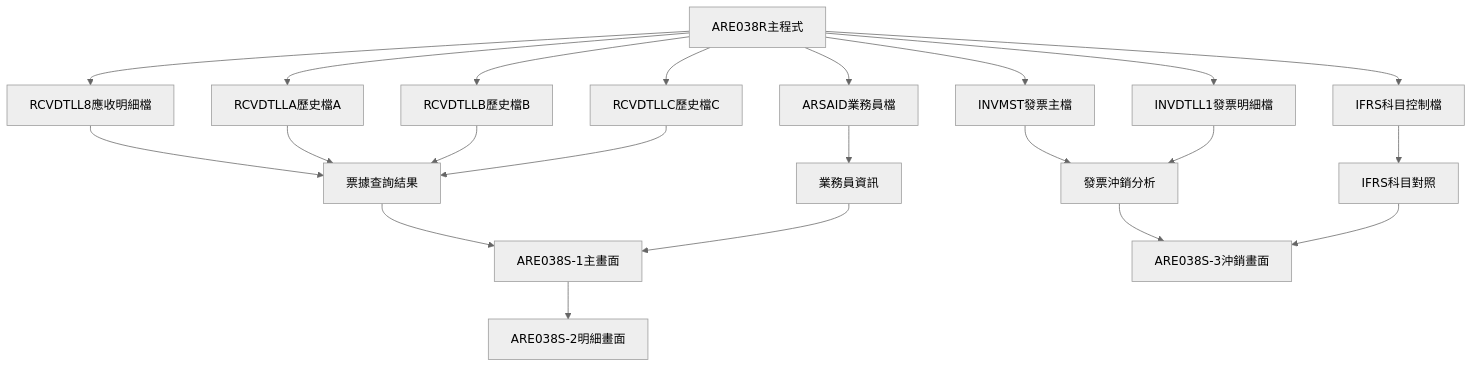
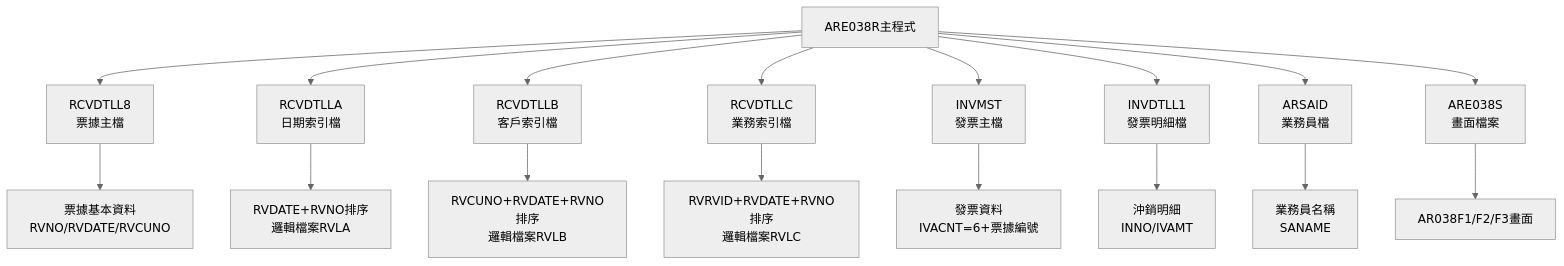
Before and after one commit to WK195838/tongkang: the second of 3 diagrams in 東鋼/規格書/ARE038R_P02.md, drawn with Mermaid (neutral theme). The commit also changed other lines of this file and 1 other file, not shown here.

````diff
--- a/東鋼/規格書/ARE038R_P02.md
+++ b/東鋼/規格書/ARE038R_P02.md
@@ -62,29 +74,20 @@
 ```mermaid
 graph TD
-    A[ARE038R主程式] --> B[RCVDTLL8應收明細檔]
-    A --> C[RCVDTLLA歷史檔A]
-    A --> D[RCVDTLLB歷史檔B] 
-    A --> E[RCVDTLLC歷史檔C]
-    A --> F[INVMST發票主檔]
-    A --> G[INVDTLL1發票明細檔]
-    A --> H[ARSAID業務員檔]
-    A --> I[IFRS科目控制檔]
+    A[ARE038R主程式] --> B[RCVDTLL8<br/>票據主檔]
+    A --> C[RCVDTLLA<br/>日期索引檔]
+    A --> D[RCVDTLLB<br/>客戶索引檔]
+    A --> E[RCVDTLLC<br/>業務索引檔]
+    A --> F[INVMST<br/>發票主檔]
+    A --> G[INVDTLL1<br/>發票明細檔]
+    A --> H[ARSAID<br/>業務員檔]
+    A --> I[ARE038S<br/>畫面檔案]
     
-    B --> J[票據查詢結果]
-    C --> J
-    D --> J
-    E --> J
-    
-    F --> K[發票沖銷分析]
-    G --> K
-    
-    H --> L[業務員資訊]
-    I --> M[IFRS科目對照]
-    
-    J --> N[ARE038S-1主畫面]
-    K --> O[ARE038S-3沖銷畫面]
-    L --> N
-    M --> O
-    
-    N --> P[ARE038S-2明細畫面]
+    B --> J[票據基本資料<br/>RVNO/RVDATE/RVCUNO]
+    C --> K[RVDATE+RVNO排序<br/>邏輯檔案RVLA]
+    D --> L[RVCUNO+RVDATE+RVNO排序<br/>邏輯檔案RVLB]
+    E --> M[RVRVID+RVDATE+RVNO排序<br/>邏輯檔案RVLC]
+    F --> N[發票資料<br/>IVACNT=6+票據編號]
+    G --> O[沖銷明細<br/>INNO/IVAMT]
+    H --> P[業務員名稱<br/>SANAME]
+    I --> Q[AR038F1/F2/F3畫面]
 ```
````
